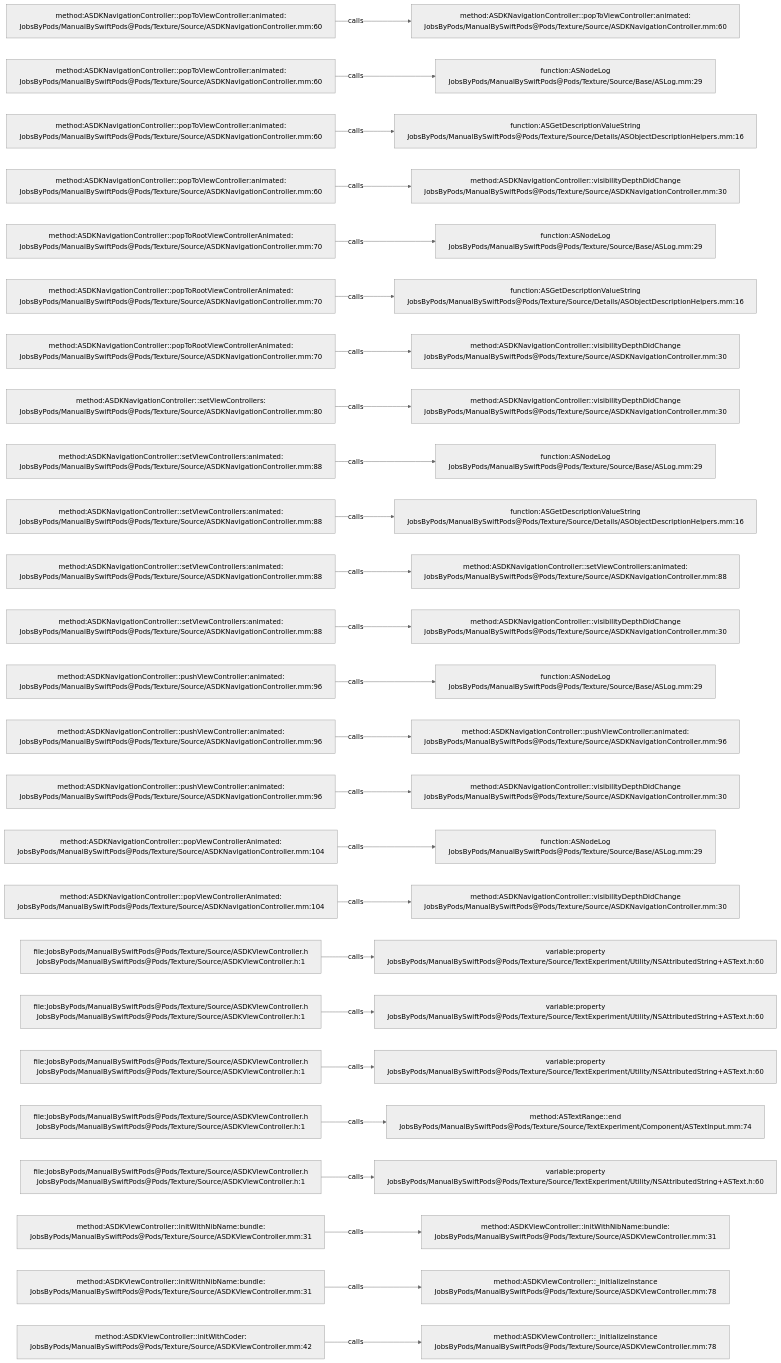
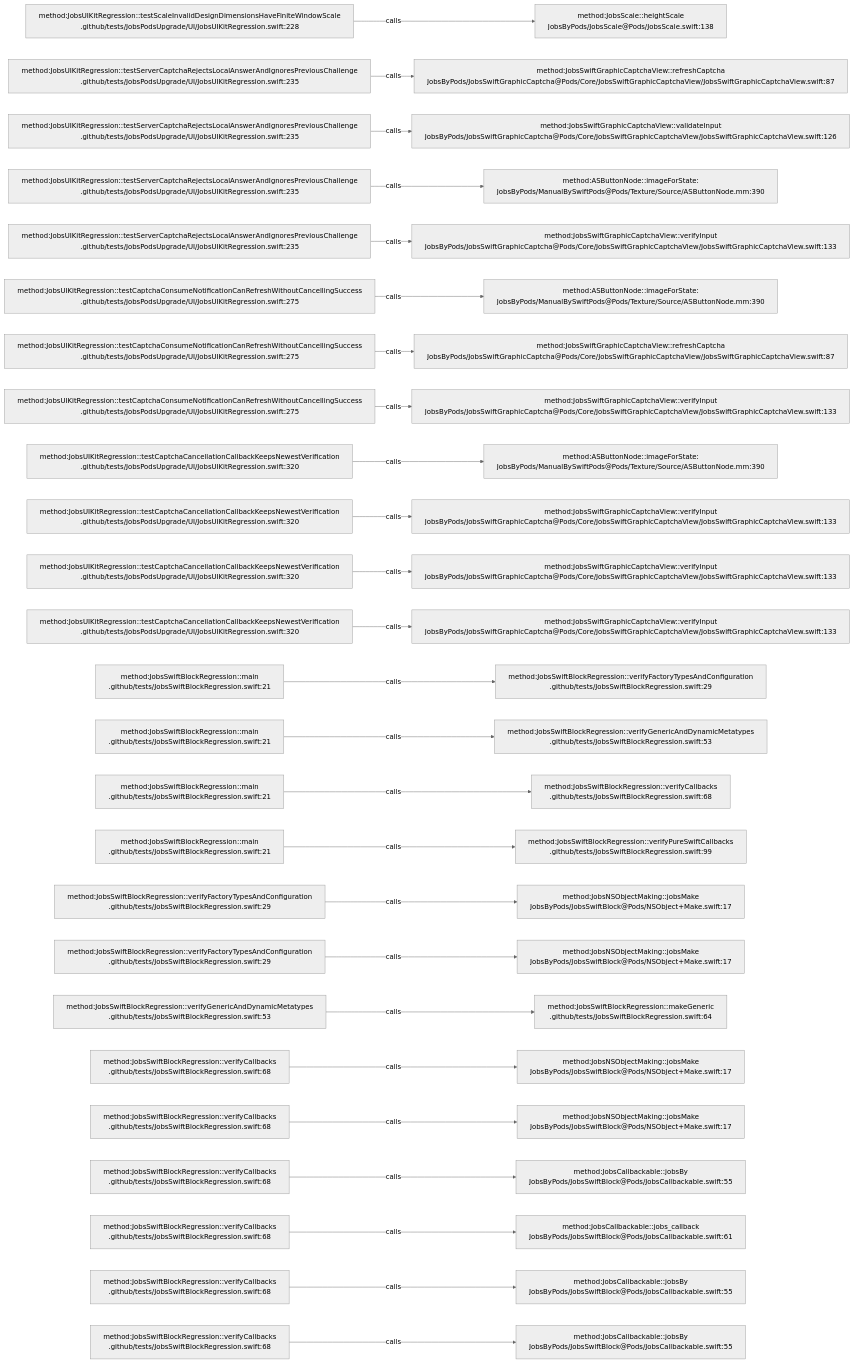
The diagram in .codegraph/codegraph.md/graphs/calls-018.md (JobsKits/JobsSwiftBaseConfigDemo), drawn with Mermaid (neutral theme) before and after one commit. The commit also changed 224 other files, not shown here.

````diff
--- a/.codegraph/codegraph.md/graphs/calls-018.md
+++ b/.codegraph/codegraph.md/graphs/calls-018.md
@@ -13,78 +13,78 @@
 ```mermaid
 flowchart LR
-  S1["method:ASDKNavigationController::popToViewController:animated:<br/>JobsByPods/ManualBySwiftPods@Pods/Texture/Source/ASDKNavigationController.mm:60"]
-  T1["method:ASDKNavigationController::popToViewController:animated:<br/>JobsByPods/ManualBySwiftPods@Pods/Texture/Source/ASDKNavigationController.mm:60"]
+  S1["method:JobsUIKitRegression::testScaleInvalidDesignDimensionsHaveFiniteWindowScale<br/>.github/tests/JobsPodsUpgrade/UI/JobsUIKitRegression.swift:228"]
+  T1["method:JobsScale::heightScale<br/>JobsByPods/JobsScale@Pods/JobsScale.swift:138"]
   S1 -->|calls| T1
-  S2["method:ASDKNavigationController::popToViewController:animated:<br/>JobsByPods/ManualBySwiftPods@Pods/Texture/Source/ASDKNavigationController.mm:60"]
-  T2["function:ASNodeLog<br/>JobsByPods/ManualBySwiftPods@Pods/Texture/Source/Base/ASLog.mm:29"]
+  S2["method:JobsUIKitRegression::testServerCaptchaRejectsLocalAnswerAndIgnoresPreviousChallenge<br/>.github/tests/JobsPodsUpgrade/UI/JobsUIKitRegression.swift:235"]
+  T2["method:JobsSwiftGraphicCaptchaView::refreshCaptcha<br/>JobsByPods/JobsSwiftGraphicCaptcha@Pods/Core/JobsSwiftGraphicCaptchaView/JobsSwiftGraphicCaptchaView.swift:87"]
   S2 -->|calls| T2
-  S3["method:ASDKNavigationController::popToViewController:animated:<br/>JobsByPods/ManualBySwiftPods@Pods/Texture/Source/ASDKNavigationController.mm:60"]
-  T3["function:ASGetDescriptionValueString<br/>JobsByPods/ManualBySwiftPods@Pods/Texture/Source/Details/ASObjectDescriptionHelpers.mm:16"]
+  S3["method:JobsUIKitRegression::testServerCaptchaRejectsLocalAnswerAndIgnoresPreviousChallenge<br/>.github/tests/JobsPodsUpgrade/UI/JobsUIKitRegression.swift:235"]
+  T3["method:JobsSwiftGraphicCaptchaView::validateInput<br/>JobsByPods/JobsSwiftGraphicCaptcha@Pods/Core/JobsSwiftGraphicCaptchaView/JobsSwiftGraphicCaptchaView.swift:126"]
   S3 -->|calls| T3
-  S4["method:ASDKNavigationController::popToViewController:animated:<br/>JobsByPods/ManualBySwiftPods@Pods/Texture/Source/ASDKNavigationController.mm:60"]
-  T4["method:ASDKNavigationController::visibilityDepthDidChange<br/>JobsByPods/ManualBySwiftPods@Pods/Texture/Source/ASDKNavigationController.mm:30"]
+  S4["method:JobsUIKitRegression::testServerCaptchaRejectsLocalAnswerAndIgnoresPreviousChallenge<br/>.github/tests/JobsPodsUpgrade/UI/JobsUIKitRegression.swift:235"]
+  T4["method:ASButtonNode::imageForState:<br/>JobsByPods/ManualBySwiftPods@Pods/Texture/Source/ASButtonNode.mm:390"]
   S4 -->|calls| T4
-  S5["method:ASDKNavigationController::popToRootViewControllerAnimated:<br/>JobsByPods/ManualBySwiftPods@Pods/Texture/Source/ASDKNavigationController.mm:70"]
-  T5["function:ASNodeLog<br/>JobsByPods/ManualBySwiftPods@Pods/Texture/Source/Base/ASLog.mm:29"]
+  S5["method:JobsUIKitRegression::testServerCaptchaRejectsLocalAnswerAndIgnoresPreviousChallenge<br/>.github/tests/JobsPodsUpgrade/UI/JobsUIKitRegression.swift:235"]
+  T5["method:JobsSwiftGraphicCaptchaView::verifyInput<br/>JobsByPods/JobsSwiftGraphicCaptcha@Pods/Core/JobsSwiftGraphicCaptchaView/JobsSwiftGraphicCaptchaView.swift:133"]
   S5 -->|calls| T5
-  S6["method:ASDKNavigationController::popToRootViewControllerAnimated:<br/>JobsByPods/ManualBySwiftPods@Pods/Texture/Source/ASDKNavigationController.mm:70"]
-  T6["function:ASGetDescriptionValueString<br/>JobsByPods/ManualBySwiftPods@Pods/Texture/Source/Details/ASObjectDescriptionHelpers.mm:16"]
+  S6["method:JobsUIKitRegression::testCaptchaConsumeNotificationCanRefreshWithoutCancellingSuccess<br/>.github/tests/JobsPodsUpgrade/UI/JobsUIKitRegression.swift:275"]
+  T6["method:ASButtonNode::imageForState:<br/>JobsByPods/ManualBySwiftPods@Pods/Texture/Source/ASButtonNode.mm:390"]
   S6 -->|calls| T6
-  S7["method:ASDKNavigationController::popToRootViewControllerAnimated:<br/>JobsByPods/ManualBySwiftPods@Pods/Texture/Source/ASDKNavigationController.mm:70"]
-  T7["method:ASDKNavigationController::visibilityDepthDidChange<br/>JobsByPods/ManualBySwiftPods@Pods/Texture/Source/ASDKNavigationController.mm:30"]
+  S7["method:JobsUIKitRegression::testCaptchaConsumeNotificationCanRefreshWithoutCancellingSuccess<br/>.github/tests/JobsPodsUpgrade/UI/JobsUIKitRegression.swift:275"]
+  T7["method:JobsSwiftGraphicCaptchaView::refreshCaptcha<br/>JobsByPods/JobsSwiftGraphicCaptcha@Pods/Core/JobsSwiftGraphicCaptchaView/JobsSwiftGraphicCaptchaView.swift:87"]
   S7 -->|calls| T7
-  S8["method:ASDKNavigationController::setViewControllers:<br/>JobsByPods/ManualBySwiftPods@Pods/Texture/Source/ASDKNavigationController.mm:80"]
-  T8["method:ASDKNavigationController::visibilityDepthDidChange<br/>JobsByPods/ManualBySwiftPods@Pods/Texture/Source/ASDKNavigationController.mm:30"]
+  S8["method:JobsUIKitRegression::testCaptchaConsumeNotificationCanRefreshWithoutCancellingSuccess<br/>.github/tests/JobsPodsUpgrade/UI/JobsUIKitRegression.swift:275"]
+  T8["method:JobsSwiftGraphicCaptchaView::verifyInput<br/>JobsByPods/JobsSwiftGraphicCaptcha@Pods/Core/JobsSwiftGraphicCaptchaView/JobsSwiftGraphicCaptchaView.swift:133"]
   S8 -->|calls| T8
-  S9["method:ASDKNavigationController::setViewControllers:animated:<br/>JobsByPods/ManualBySwiftPods@Pods/Texture/Source/ASDKNavigationController.mm:88"]
-  T9["function:ASNodeLog<br/>JobsByPods/ManualBySwiftPods@Pods/Texture/Source/Base/ASLog.mm:29"]
+  S9["method:JobsUIKitRegression::testCaptchaCancellationCallbackKeepsNewestVerification<br/>.github/tests/JobsPodsUpgrade/UI/JobsUIKitRegression.swift:320"]
+  T9["method:ASButtonNode::imageForState:<br/>JobsByPods/ManualBySwiftPods@Pods/Texture/Source/ASButtonNode.mm:390"]
   S9 -->|calls| T9
-  S10["method:ASDKNavigationController::setViewControllers:animated:<br/>JobsByPods/ManualBySwiftPods@Pods/Texture/Source/ASDKNavigationController.mm:88"]
-  T10["function:ASGetDescriptionValueString<br/>JobsByPods/ManualBySwiftPods@Pods/Texture/Source/Details/ASObjectDescriptionHelpers.mm:16"]
+  S10["method:JobsUIKitRegression::testCaptchaCancellationCallbackKeepsNewestVerification<br/>.github/tests/JobsPodsUpgrade/UI/JobsUIKitRegression.swift:320"]
+  T10["method:JobsSwiftGraphicCaptchaView::verifyInput<br/>JobsByPods/JobsSwiftGraphicCaptcha@Pods/Core/JobsSwiftGraphicCaptchaView/JobsSwiftGraphicCaptchaView.swift:133"]
   S10 -->|calls| T10
-  S11["method:ASDKNavigationController::setViewControllers:animated:<br/>JobsByPods/ManualBySwiftPods@Pods/Texture/Source/ASDKNavigationController.mm:88"]
-  T11["method:ASDKNavigationController::setViewControllers:animated:<br/>JobsByPods/ManualBySwiftPods@Pods/Texture/Source/ASDKNavigationController.mm:88"]
+  S11["method:JobsUIKitRegression::testCaptchaCancellationCallbackKeepsNewestVerification<br/>.github/tests/JobsPodsUpgrade/UI/JobsUIKitRegression.swift:320"]
+  T11["method:JobsSwiftGraphicCaptchaView::verifyInput<br/>JobsByPods/JobsSwiftGraphicCaptcha@Pods/Core/JobsSwiftGraphicCaptchaView/JobsSwiftGraphicCaptchaView.swift:133"]
   S11 -->|calls| T11
-  S12["method:ASDKNavigationController::setViewControllers:animated:<br/>JobsByPods/ManualBySwiftPods@Pods/Texture/Source/ASDKNavigationController.mm:88"]
-  T12["method:ASDKNavigationController::visibilityDepthDidChange<br/>JobsByPods/ManualBySwiftPods@Pods/Texture/Source/ASDKNavigationController.mm:30"]
+  S12["method:JobsUIKitRegression::testCaptchaCancellationCallbackKeepsNewestVerification<br/>.github/tests/JobsPodsUpgrade/UI/JobsUIKitRegression.swift:320"]
+  T12["method:JobsSwiftGraphicCaptchaView::verifyInput<br/>JobsByPods/JobsSwiftGraphicCaptcha@Pods/Core/JobsSwiftGraphicCaptchaView/JobsSwiftGraphicCaptchaView.swift:133"]
   S12 -->|calls| T12
-  S13["method:ASDKNavigationController::pushViewController:animated:<br/>JobsByPods/ManualBySwiftPods@Pods/Texture/Source/ASDKNavigationController.mm:96"]
-  T13["function:ASNodeLog<br/>JobsByPods/ManualBySwiftPods@Pods/Texture/Source/Base/ASLog.mm:29"]
+  S13["method:JobsSwiftBlockRegression::main<br/>.github/tests/JobsSwiftBlockRegression.swift:21"]
+  T13["method:JobsSwiftBlockRegression::verifyFactoryTypesAndConfiguration<br/>.github/tests/JobsSwiftBlockRegression.swift:29"]
   S13 -->|calls| T13
-  S14["method:ASDKNavigationController::pushViewController:animated:<br/>JobsByPods/ManualBySwiftPods@Pods/Texture/Source/ASDKNavigationController.mm:96"]
-  T14["method:ASDKNavigationController::pushViewController:animated:<br/>JobsByPods/ManualBySwiftPods@Pods/Texture/Source/ASDKNavigationController.mm:96"]
+  S14["method:JobsSwiftBlockRegression::main<br/>.github/tests/JobsSwiftBlockRegression.swift:21"]
+  T14["method:JobsSwiftBlockRegression::verifyGenericAndDynamicMetatypes<br/>.github/tests/JobsSwiftBlockRegression.swift:53"]
   S14 -->|calls| T14
-  S15["method:ASDKNavigationController::pushViewController:animated:<br/>JobsByPods/ManualBySwiftPods@Pods/Texture/Source/ASDKNavigationController.mm:96"]
-  T15["method:ASDKNavigationController::visibilityDepthDidChange<br/>JobsByPods/ManualBySwiftPods@Pods/Texture/Source/ASDKNavigationController.mm:30"]
+  S15["method:JobsSwiftBlockRegression::main<br/>.github/tests/JobsSwiftBlockRegression.swift:21"]
+  T15["method:JobsSwiftBlockRegression::verifyCallbacks<br/>.github/tests/JobsSwiftBlockRegression.swift:68"]
   S15 -->|calls| T15
-  S16["method:ASDKNavigationController::popViewControllerAnimated:<br/>JobsByPods/ManualBySwiftPods@Pods/Texture/Source/ASDKNavigationController.mm:104"]
-  T16["function:ASNodeLog<br/>JobsByPods/ManualBySwiftPods@Pods/Texture/Source/Base/ASLog.mm:29"]
+  S16["method:JobsSwiftBlockRegression::main<br/>.github/tests/JobsSwiftBlockRegression.swift:21"]
+  T16["method:JobsSwiftBlockRegression::verifyPureSwiftCallbacks<br/>.github/tests/JobsSwiftBlockRegression.swift:99"]
   S16 -->|calls| T16
-  S17["method:ASDKNavigationController::popViewControllerAnimated:<br/>JobsByPods/ManualBySwiftPods@Pods/Texture/Source/ASDKNavigationController.mm:104"]
-  T17["method:ASDKNavigationController::visibilityDepthDidChange<br/>JobsByPods/ManualBySwiftPods@Pods/Texture/Source/ASDKNavigationController.mm:30"]
+  S17["method:JobsSwiftBlockRegression::verifyFactoryTypesAndConfiguration<br/>.github/tests/JobsSwiftBlockRegression.swift:29"]
+  T17["method:JobsNSObjectMaking::jobsMake<br/>JobsByPods/JobsSwiftBlock@Pods/NSObject+Make.swift:17"]
   S17 -->|calls| T17
-  S18["file:JobsByPods/ManualBySwiftPods@Pods/Texture/Source/ASDKViewController.h<br/>JobsByPods/ManualBySwiftPods@Pods/Texture/Source/ASDKViewController.h:1"]
-  T18["variable:property<br/>JobsByPods/ManualBySwiftPods@Pods/Texture/Source/TextExperiment/Utility/NSAttributedString+ASText.h:60"]
+  S18["method:JobsSwiftBlockRegression::verifyFactoryTypesAndConfiguration<br/>.github/tests/JobsSwiftBlockRegression.swift:29"]
+  T18["method:JobsNSObjectMaking::jobsMake<br/>JobsByPods/JobsSwiftBlock@Pods/NSObject+Make.swift:17"]
   S18 -->|calls| T18
-  S19["file:JobsByPods/ManualBySwiftPods@Pods/Texture/Source/ASDKViewController.h<br/>JobsByPods/ManualBySwiftPods@Pods/Texture/Source/ASDKViewController.h:1"]
-  T19["variable:property<br/>JobsByPods/ManualBySwiftPods@Pods/Texture/Source/TextExperiment/Utility/NSAttributedString+ASText.h:60"]
+  S19["method:JobsSwiftBlockRegression::verifyGenericAndDynamicMetatypes<br/>.github/tests/JobsSwiftBlockRegression.swift:53"]
+  T19["method:JobsSwiftBlockRegression::makeGeneric<br/>.github/tests/JobsSwiftBlockRegression.swift:64"]
   S19 -->|calls| T19
-  S20["file:JobsByPods/ManualBySwiftPods@Pods/Texture/Source/ASDKViewController.h<br/>JobsByPods/ManualBySwiftPods@Pods/Texture/Source/ASDKViewController.h:1"]
-  T20["variable:property<br/>JobsByPods/ManualBySwiftPods@Pods/Texture/Source/TextExperiment/Utility/NSAttributedString+ASText.h:60"]
+  S20["method:JobsSwiftBlockRegression::verifyCallbacks<br/>.github/tests/JobsSwiftBlockRegression.swift:68"]
+  T20["method:JobsNSObjectMaking::jobsMake<br/>JobsByPods/JobsSwiftBlock@Pods/NSObject+Make.swift:17"]
   S20 -->|calls| T20
-  S21["file:JobsByPods/ManualBySwiftPods@Pods/Texture/Source/ASDKViewController.h<br/>JobsByPods/ManualBySwiftPods@Pods/Texture/Source/ASDKViewController.h:1"]
-  T21["method:ASTextRange::end<br/>JobsByPods/ManualBySwiftPods@Pods/Texture/Source/TextExperiment/Component/ASTextInput.mm:74"]
+  S21["method:JobsSwiftBlockRegression::verifyCallbacks<br/>.github/tests/JobsSwiftBlockRegression.swift:68"]
+  T21["method:JobsNSObjectMaking::jobsMake<br/>JobsByPods/JobsSwiftBlock@Pods/NSObject+Make.swift:17"]
   S21 -->|calls| T21
-  S22["file:JobsByPods/ManualBySwiftPods@Pods/Texture/Source/ASDKViewController.h<br/>JobsByPods/ManualBySwiftPods@Pods/Texture/Source/ASDKViewController.h:1"]
-  T22["variable:property<br/>JobsByPods/ManualBySwiftPods@Pods/Texture/Source/TextExperiment/Utility/NSAttributedString+ASText.h:60"]
+  S22["method:JobsSwiftBlockRegression::verifyCallbacks<br/>.github/tests/JobsSwiftBlockRegression.swift:68"]
+  T22["method:JobsCallbackable::jobsBy<br/>JobsByPods/JobsSwiftBlock@Pods/JobsCallbackable.swift:55"]
   S22 -->|calls| T22
-  S23["method:ASDKViewController::initWithNibName:bundle:<br/>JobsByPods/ManualBySwiftPods@Pods/Texture/Source/ASDKViewController.mm:31"]
-  T23["method:ASDKViewController::initWithNibName:bundle:<br/>JobsByPods/ManualBySwiftPods@Pods/Texture/Source/ASDKViewController.mm:31"]
+  S23["method:JobsSwiftBlockRegression::verifyCallbacks<br/>.github/tests/JobsSwiftBlockRegression.swift:68"]
+  T23["method:JobsCallbackable::jobs_callback<br/>JobsByPods/JobsSwiftBlock@Pods/JobsCallbackable.swift:61"]
   S23 -->|calls| T23
-  S24["method:ASDKViewController::initWithNibName:bundle:<br/>JobsByPods/ManualBySwiftPods@Pods/Texture/Source/ASDKViewController.mm:31"]
-  T24["method:ASDKViewController::_initializeInstance<br/>JobsByPods/ManualBySwiftPods@Pods/Texture/Source/ASDKViewController.mm:78"]
+  S24["method:JobsSwiftBlockRegression::verifyCallbacks<br/>.github/tests/JobsSwiftBlockRegression.swift:68"]
+  T24["method:JobsCallbackable::jobsBy<br/>JobsByPods/JobsSwiftBlock@Pods/JobsCallbackable.swift:55"]
   S24 -->|calls| T24
-  S25["method:ASDKViewController::initWithCoder:<br/>JobsByPods/ManualBySwiftPods@Pods/Texture/Source/ASDKViewController.mm:42"]
-  T25["method:ASDKViewController::_initializeInstance<br/>JobsByPods/ManualBySwiftPods@Pods/Texture/Source/ASDKViewController.mm:78"]
+  S25["method:JobsSwiftBlockRegression::verifyCallbacks<br/>.github/tests/JobsSwiftBlockRegression.swift:68"]
+  T25["method:JobsCallbackable::jobsBy<br/>JobsByPods/JobsSwiftBlock@Pods/JobsCallbackable.swift:55"]
   S25 -->|calls| T25
 ```
````
